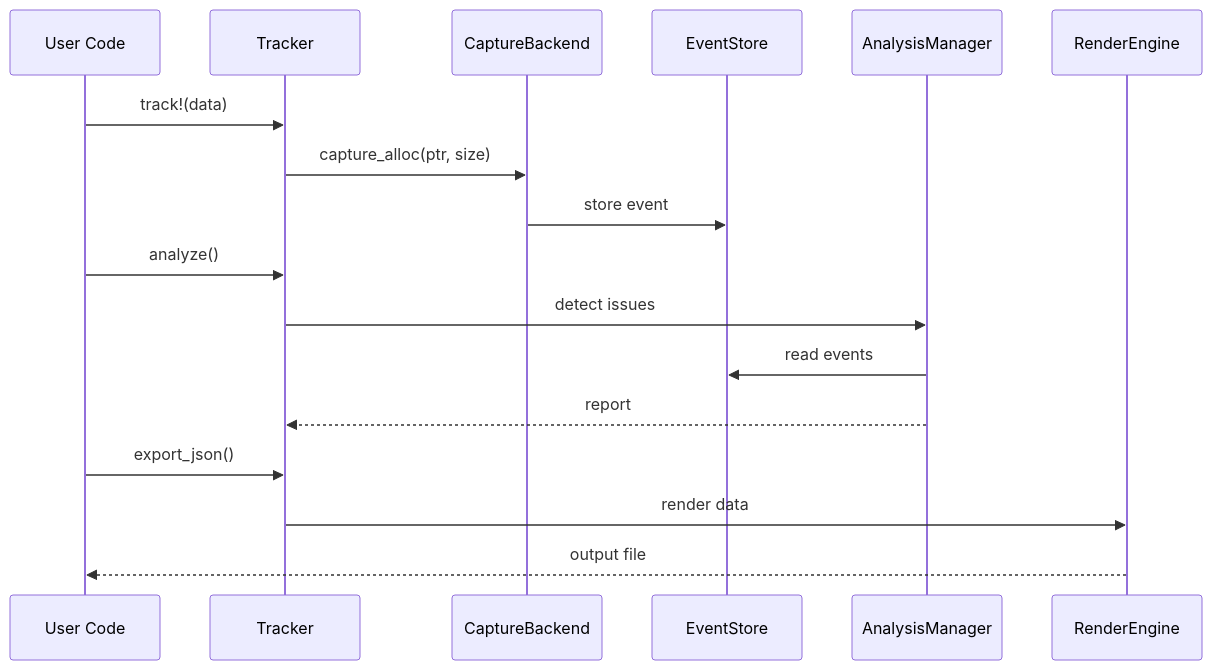
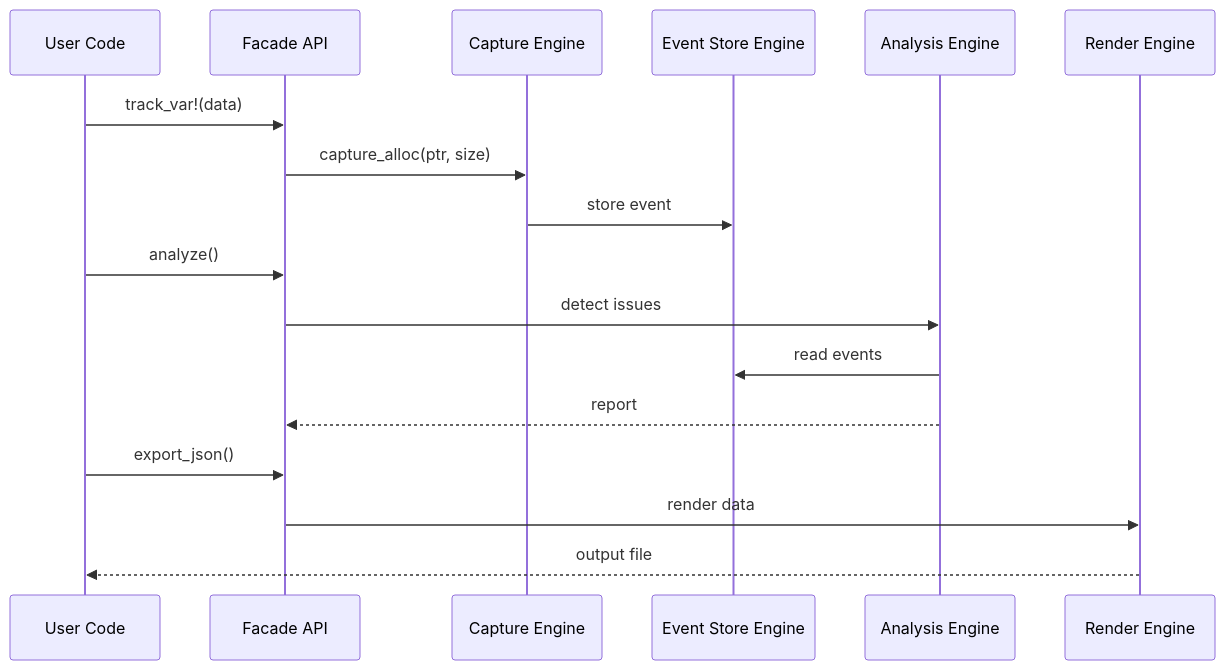
The second of 3 diagrams in README.md (Timwood0x10/memscope-rs), drawn with Mermaid before and after one commit. The commit also changed other lines of this file and 11 other files, not shown here.

````diff
--- a/README.md
+++ b/README.md
@@ -70,20 +68,20 @@
 ```mermaid
 sequenceDiagram
     participant User as User Code
-    participant Tracker as Tracker
-    participant Backend as CaptureBackend
-    participant Event as EventStore
-    participant Analysis as AnalysisManager
-    participant Render as RenderEngine
+    participant Facade as Facade API
+    participant Capture as Capture Engine
+    participant EventStore as Event Store Engine
+    participant Analysis as Analysis Engine
+    participant Render as Render Engine
 
-    User->>Tracker: track!(data)
-    Tracker->>Backend: capture_alloc(ptr, size)
-    Backend->>Event: store event
-    User->>Tracker: analyze()
-    Tracker->>Analysis: detect issues
-    Analysis->>Event: read events
-    Analysis-->>Tracker: report
-    User->>Tracker: export_json()
-    Tracker->>Render: render data
+    User->>Facade: track_var!(data)
+    Facade->>Capture: capture_alloc(ptr, size)
+    Capture->>EventStore: store event
+    User->>Facade: analyze()
+    Facade->>Analysis: detect issues
+    Analysis->>EventStore: read events
+    Analysis-->>Facade: report
+    User->>Facade: export_json()
+    Facade->>Render: render data
     Render-->>User: output file
 ```
````
